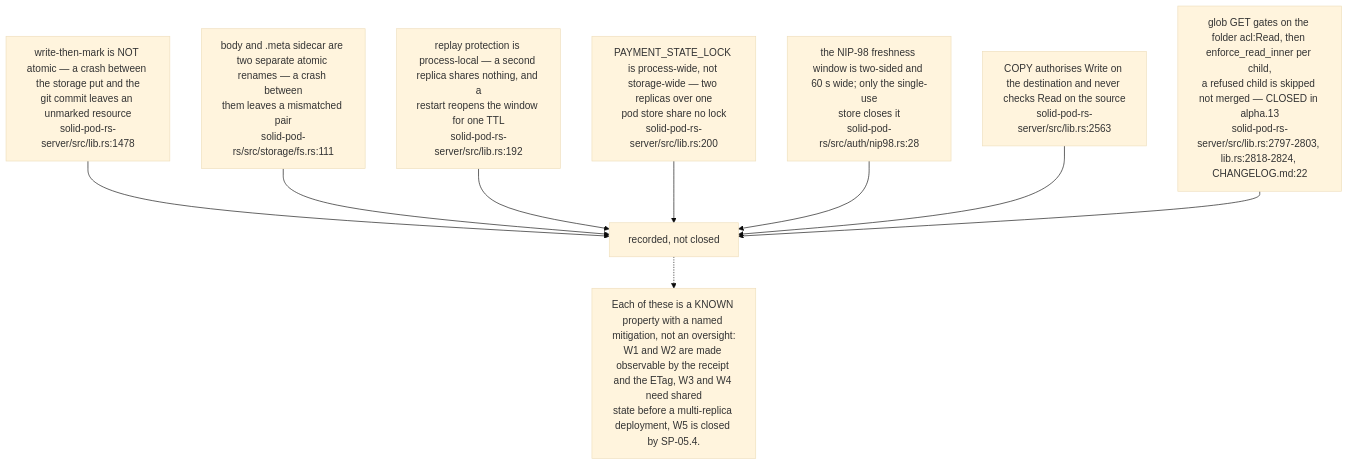
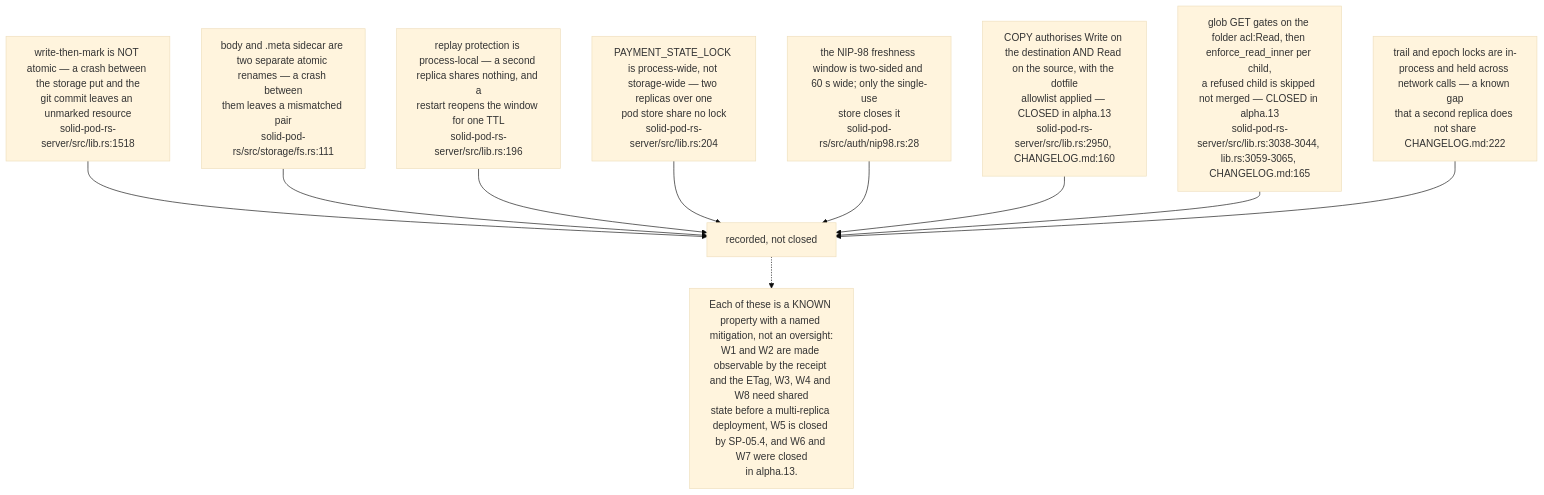
The fourth of 12 diagrams in docs/diagrams/solid-pod-rs/10-failure-modes-and-invariants.md (DreamLab-AI/VisionFlow), drawn with Mermaid (base theme) before and after one commit. The commit also changed other lines of this file and 160 other files, not shown here.

````diff
--- a/docs/diagrams/solid-pod-rs/10-failure-modes-and-invariants.md
+++ b/docs/diagrams/solid-pod-rs/10-failure-modes-and-invariants.md
@@ -122,21 +124,24 @@
 ```mermaid
 flowchart TD
-    W1["write-then-mark is NOT atomic — a crash between the storage put and the<br/>git commit leaves an unmarked resource<br/>solid-pod-rs-server/src/lib.rs:1478"]
+    W1["write-then-mark is NOT atomic — a crash between the storage put and the<br/>git commit leaves an unmarked resource<br/>solid-pod-rs-server/src/lib.rs:1518"]
     W2["body and .meta sidecar are two separate atomic renames — a crash between<br/>them leaves a mismatched pair<br/>solid-pod-rs/src/storage/fs.rs:111"]
-    W3["replay protection is process-local — a second replica shares nothing, and a<br/>restart reopens the window for one TTL<br/>solid-pod-rs-server/src/lib.rs:192"]
-    W4["PAYMENT_STATE_LOCK is process-wide, not storage-wide — two replicas over one<br/>pod store share no lock<br/>solid-pod-rs-server/src/lib.rs:200"]
+    W3["replay protection is process-local — a second replica shares nothing, and a<br/>restart reopens the window for one TTL<br/>solid-pod-rs-server/src/lib.rs:196"]
+    W4["PAYMENT_STATE_LOCK is process-wide, not storage-wide — two replicas over one<br/>pod store share no lock<br/>solid-pod-rs-server/src/lib.rs:204"]
     W5["the NIP-98 freshness window is two-sided and 60 s wide; only the single-use<br/>store closes it<br/>solid-pod-rs/src/auth/nip98.rs:28"]
-    W6["COPY authorises Write on the destination and never checks Read on the source<br/>solid-pod-rs-server/src/lib.rs:2563"]
-    W7["glob GET gates on the folder acl:Read, then enforce_read_inner per child,<br/>a refused child is skipped not merged — CLOSED in alpha.13<br/>solid-pod-rs-server/src/lib.rs:2797-2803, lib.rs:2818-2824, CHANGELOG.md:22"]
+    W6["COPY authorises Write on the destination AND Read on the source, with the dotfile<br/>allowlist applied — CLOSED in alpha.13<br/>solid-pod-rs-server/src/lib.rs:2950, CHANGELOG.md:160"]
+    W7["glob GET gates on the folder acl:Read, then enforce_read_inner per child,<br/>a refused child is skipped not merged — CLOSED in alpha.13<br/>solid-pod-rs-server/src/lib.rs:3038-3044, lib.rs:3059-3065, CHANGELOG.md:165"]
+
+    W8["trail and epoch locks are in-process and held across network calls — a known gap<br/>that a second replica does not share<br/>CHANGELOG.md:222"]
 
     W1 --> R["recorded, not closed"]
     W2 --> R
     W3 --> R
     W4 --> R
     W5 --> R
     W6 --> R
     W7 --> R
+    W8 --> R
 
-    N["Each of these is a KNOWN property with a named mitigation, not an oversight:<br/>W1 and W2 are made observable by the receipt and the ETag, W3 and W4 need shared<br/>state before a multi-replica deployment, W5 is closed by SP-05.4."]
+    N["Each of these is a KNOWN property with a named mitigation, not an oversight:<br/>W1 and W2 are made observable by the receipt and the ETag, W3, W4 and W8 need shared<br/>state before a multi-replica deployment, W5 is closed by SP-05.4, and W6 and W7 were closed<br/>in alpha.13."]
     R -.-> N
 ```
````
